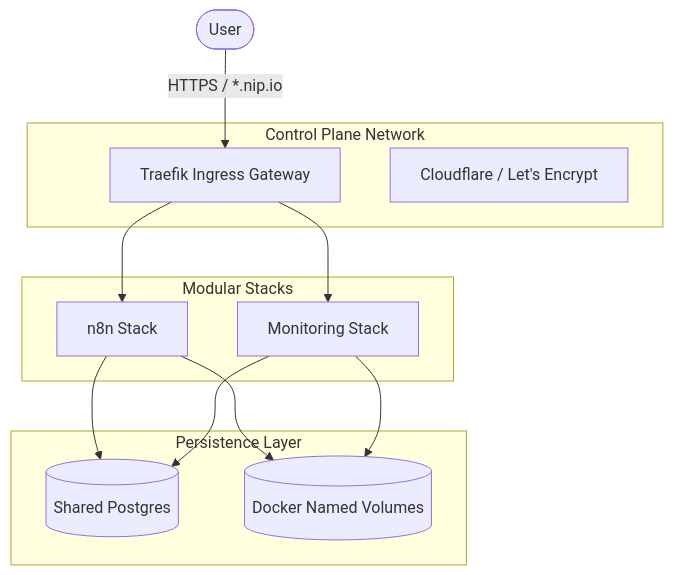
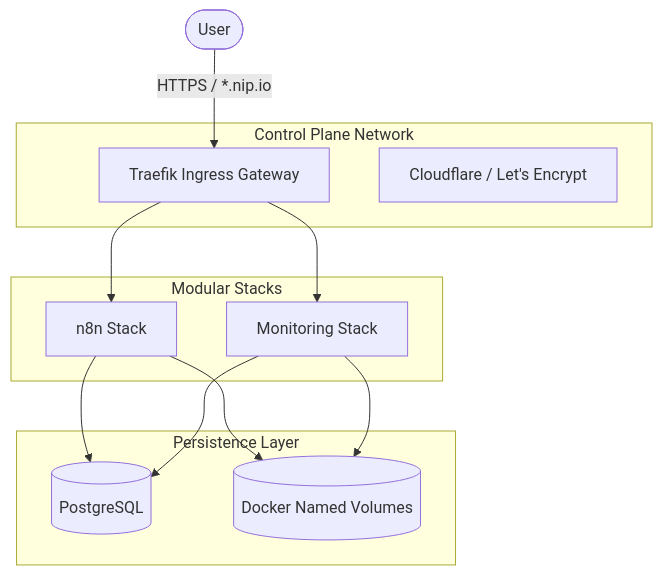
One commit to chinmaymjog/cloudops-sandbox changed the diagram in README.md. Above: the diagram before and after it, drawn with Mermaid. The commit also changed other lines of this file and 21 other files, not shown here.

````diff
--- a/README.md
+++ b/README.md
@@ -13,28 +15,28 @@
 ```mermaid
 graph TD
     User([User]) -->|HTTPS / *.nip.io| Traefik[Traefik Ingress Gateway]
-    
+
     subgraph "Control Plane Network"
         Traefik
         DNS[Cloudflare / Let's Encrypt]
     end
 
     subgraph "Modular Stacks"
         App1[n8n Stack]
         App2[Monitoring Stack]
     end
 
     subgraph "Persistence Layer"
-        DB[(Shared Postgres)]
+        DB[(PostgreSQL)]
         Vol[(Docker Named Volumes)]
     end
 
     Traefik --> App1
     Traefik --> App2
-    
+
     App1 --> DB
     App2 --> DB
-    
+
     App1 --> Vol
     App2 --> Vol
 ```
````
